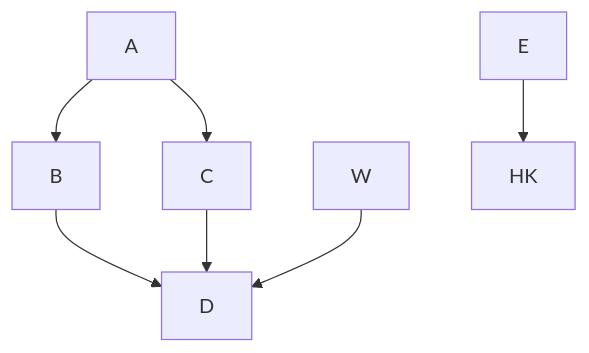
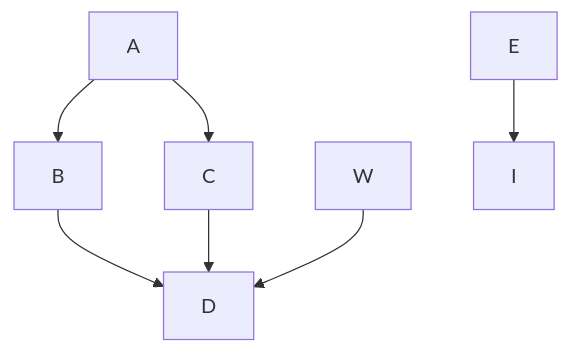
The first of 2 diagrams in test/flow_inline.md (neenjaw/mermaid-markdown-test), drawn with Mermaid before and after one commit.

````diff
--- a/test/flow_inline.md
+++ b/test/flow_inline.md
@@ -7,10 +7,10 @@
 ```mermaid
 graph TD;
     A-->B;
     A-->C;
     B-->D;
     C-->D;
     W-->D;
-    E-->HK;
+    E-->I;
 
 ```
````
